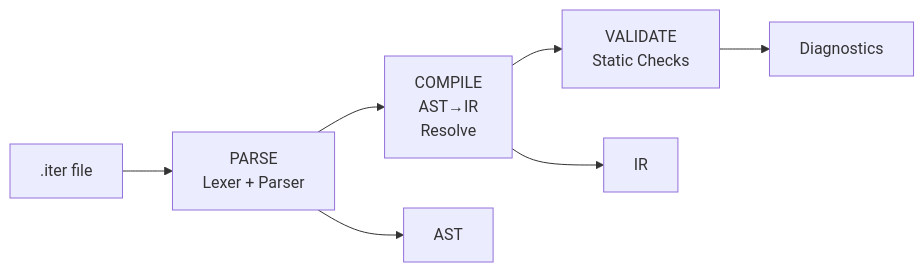
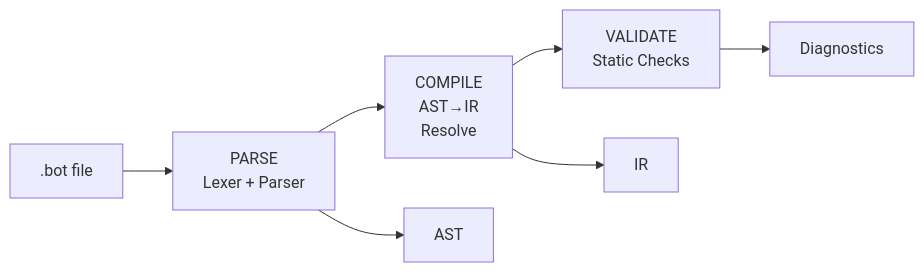
One commit to maxgfr/iterion changed the first of 2 diagrams in docs/architecture.md. Above: the diagram before and after it, drawn with Mermaid. The commit also changed 201 other files, not shown here.

````diff
--- a/docs/architecture.md
+++ b/docs/architecture.md
@@ -7,9 +7,9 @@
 ```mermaid
 flowchart LR
-  SRC[".iter file"] --> PARSE["PARSE<br/>Lexer + Parser"]
+  SRC[".bot file"] --> PARSE["PARSE<br/>Lexer + Parser"]
   PARSE --> COMPILE["COMPILE<br/>AST→IR<br/>Resolve"]
   COMPILE --> VALIDATE["VALIDATE<br/>Static Checks"]
   PARSE --> AST["AST"]
   COMPILE --> IR["IR"]
   VALIDATE --> DIAG["Diagnostics"]
 ```
````
